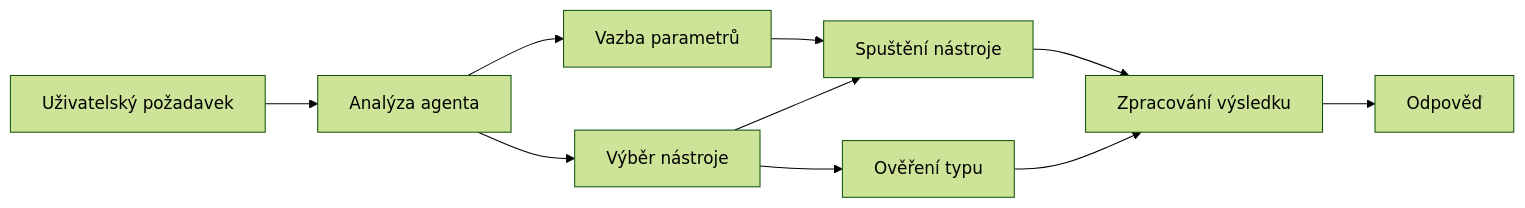
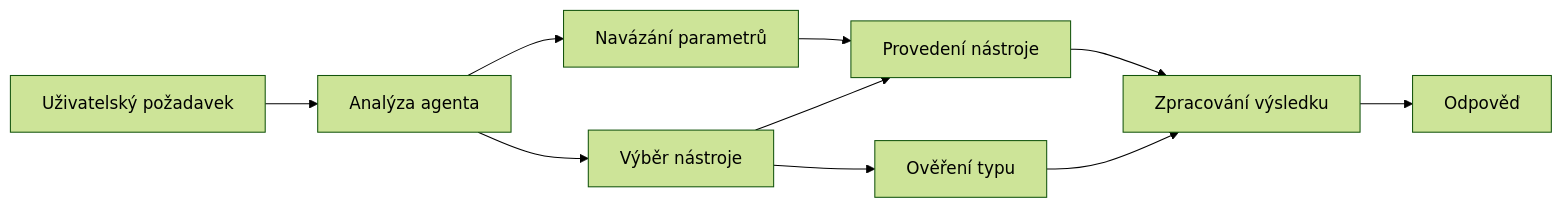
The diagram in translations/cs/04-tool-use/code_samples/04-dotnet-agent-framework.md (venturemavenwill/azureaifundamentals), drawn with Mermaid (forest theme) before and after one commit. The commit also changed other lines of this file and 2002 other files, not shown here.

````diff
--- a/translations/cs/04-tool-use/code_samples/04-dotnet-agent-framework.md
+++ b/translations/cs/04-tool-use/code_samples/04-dotnet-agent-framework.md
@@ -40,12 +40,12 @@
 ```mermaid
 graph LR
     A[Uživatelský požadavek] --> B[Analýza agenta]
     B --> C[Výběr nástroje]
     C --> D[Ověření typu]
-    B --> E[Vazba parametrů]
-    E --> F[Spuštění nástroje]
+    B --> E[Navázání parametrů]
+    E --> F[Provedení nástroje]
     C --> F
     F --> G[Zpracování výsledku]
     D --> G
     G --> H[Odpověď]
 ```
````
